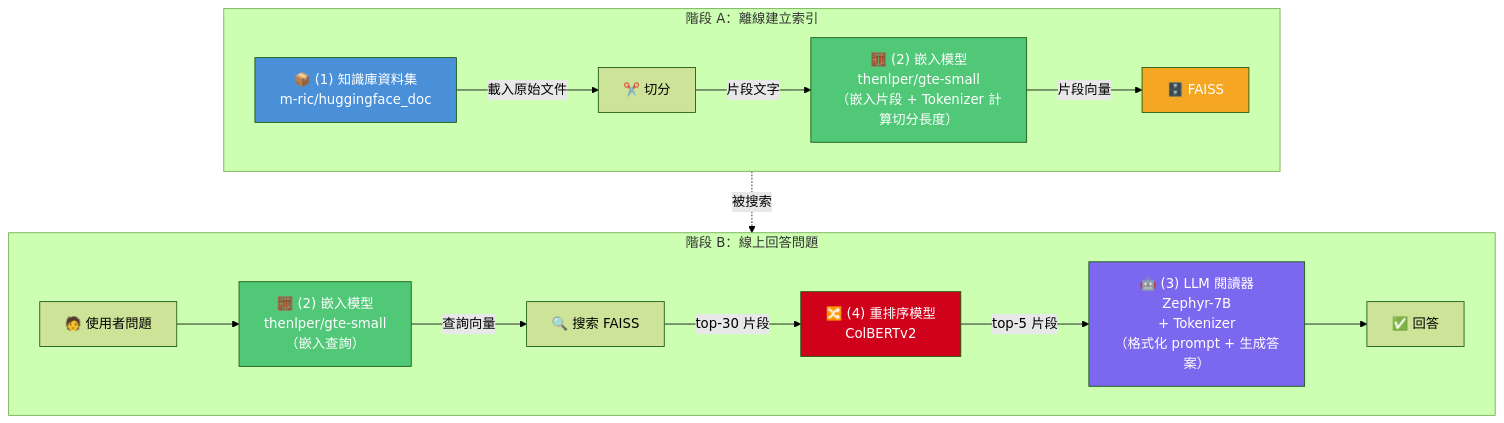
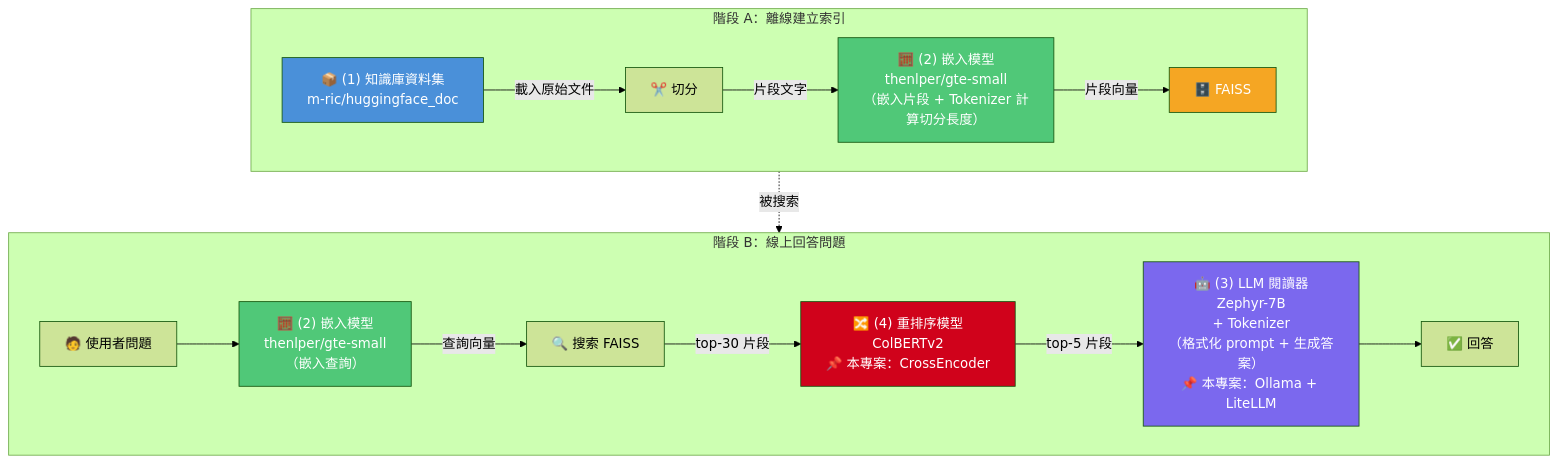
One commit to JoeW00/week6-advanced-rag changed diagram 12 of 21 in docs/Advanced_RAG_Summary.md. Above: the diagram before and after it, drawn with Mermaid (forest theme). The commit also changed other lines of this file and 5 other files, not shown here.

````diff
--- a/docs/Advanced_RAG_Summary.md
+++ b/docs/Advanced_RAG_Summary.md
@@ -644,33 +716,33 @@
 ```mermaid
 flowchart TD
     subgraph "階段 A：離線建立索引"
         direction LR
         A1["📦 (1) 知識庫資料集\nm-ric/huggingface_doc"]
         A2["🧮 (2) 嵌入模型\nthenlper/gte-small\n（嵌入片段 + Tokenizer 計算切分長度）"]
         A1 -->|"載入原始文件"| CUT["✂️ 切分"]
         CUT -->|"片段文字"| A2
         A2 -->|"片段向量"| DB["🗄️ FAISS"]
     end
 
     subgraph "階段 B：線上回答問題"
         direction LR
         Q["🧑 使用者問題"]
         B2["🧮 (2) 嵌入模型\nthenlper/gte-small\n（嵌入查詢）"]
-        B4["🔀 (4) 重排序模型\nColBERTv2"]
-        B3["🤖 (3) LLM 閱讀器\nZephyr-7B\n+ Tokenizer\n（格式化 prompt + 生成答案）"]
+        B4["🔀 (4) 重排序模型\nColBERTv2\n📌 本專案：CrossEncoder"]
+        B3["🤖 (3) LLM 閱讀器\nZephyr-7B\n+ Tokenizer\n（格式化 prompt + 生成答案）\n📌 本專案：Ollama + LiteLLM"]
         Q --> B2
         B2 -->|"查詢向量"| SEARCH["🔍 搜索 FAISS"]
         SEARCH -->|"top-30 片段"| B4
         B4 -->|"top-5 片段"| B3
         B3 --> ANS["✅ 回答"]
     end
 
     DB -.->|"被搜索"| SEARCH
 
     style A1 fill:#4A90D9,color:#fff
     style A2 fill:#50C878,color:#fff
     style B2 fill:#50C878,color:#fff
     style B4 fill:#D0021B,color:#fff
     style B3 fill:#7B68EE,color:#fff
     style DB fill:#F5A623,color:#fff
 ```
````
